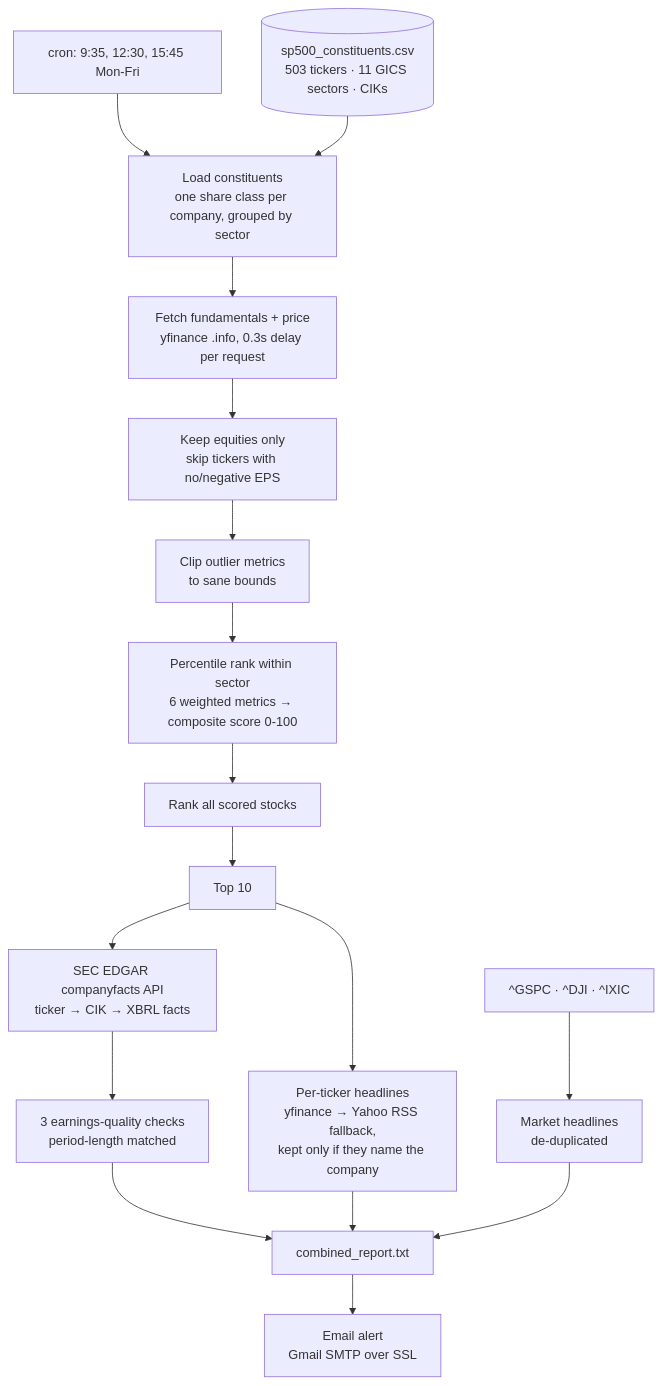
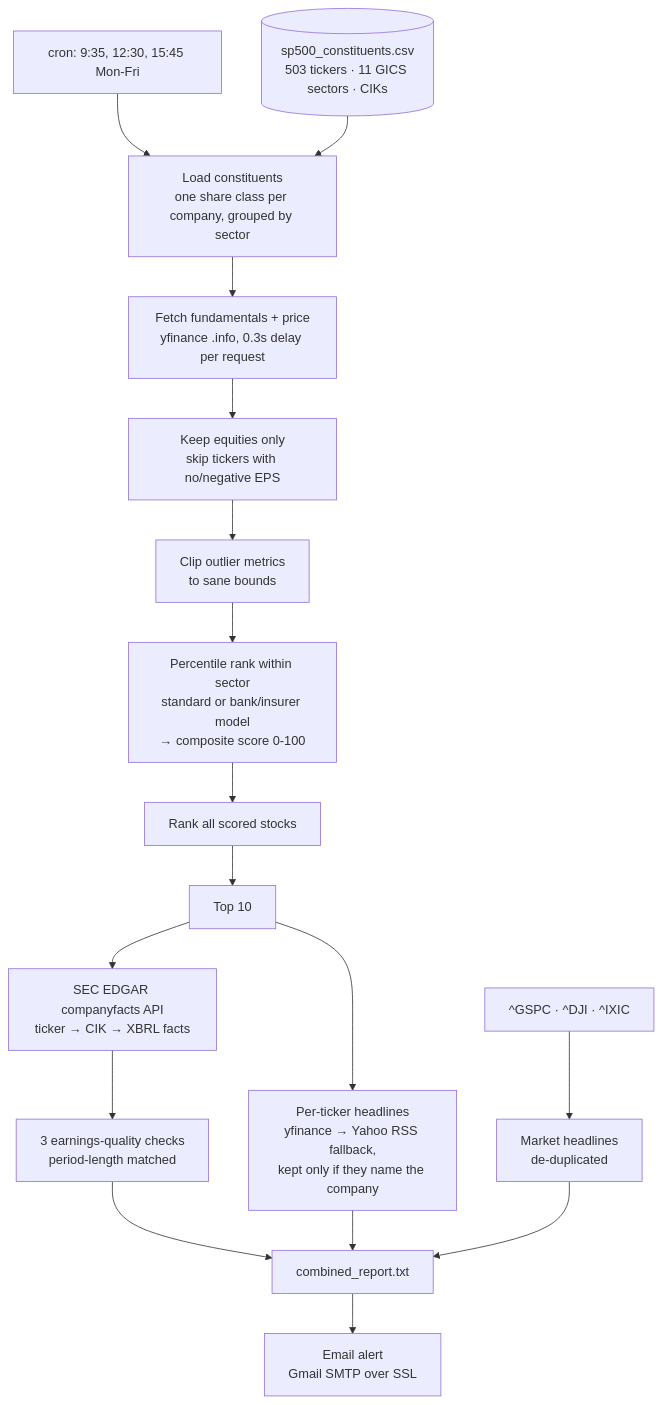
Before and after one commit to Hmelconian21/Stock-Research-System: the diagram in README.md, drawn with Mermaid. The commit also changed other lines of this file and 4 other files, not shown here.

First line of the commit message:
Score banks and insurers on a separate P/B-based model

````diff
--- a/README.md
+++ b/README.md
@@ -9,19 +9,19 @@
 ```mermaid
 flowchart TD
     CRON["cron: 9:35, 12:30, 15:45 Mon-Fri"] --> LOAD
     CSV[("sp500_constituents.csv<br/>503 tickers · 11 GICS sectors · CIKs")] --> LOAD["Load constituents<br/>one share class per company, grouped by sector"]
     LOAD --> FETCH["Fetch fundamentals + price<br/>yfinance .info, 0.3s delay per request"]
     FETCH --> FILTER["Keep equities only<br/>skip tickers with no/negative EPS"]
     FILTER --> CLIP["Clip outlier metrics<br/>to sane bounds"]
-    CLIP --> SCORE["Percentile rank within sector<br/>6 weighted metrics → composite score 0-100"]
+    CLIP --> SCORE["Percentile rank within sector<br/>standard or bank/insurer model<br/>→ composite score 0-100"]
     SCORE --> RANK["Rank all scored stocks"]
     RANK --> TOP["Top 10"]
     TOP --> SEC["SEC EDGAR companyfacts API<br/>ticker → CIK → XBRL facts"]
     SEC --> FLAGS["3 earnings-quality checks<br/>period-length matched"]
     TOP --> NEWS["Per-ticker headlines<br/>yfinance → Yahoo RSS fallback,<br/>kept only if they name the company"]
     IDX["^GSPC · ^DJI · ^IXIC"] --> MKT["Market headlines<br/>de-duplicated"]
     FLAGS --> REPORT["combined_report.txt"]
     NEWS --> REPORT
     MKT --> REPORT
     REPORT --> EMAIL["Email alert<br/>Gmail SMTP over SSL"]
 ```
````
